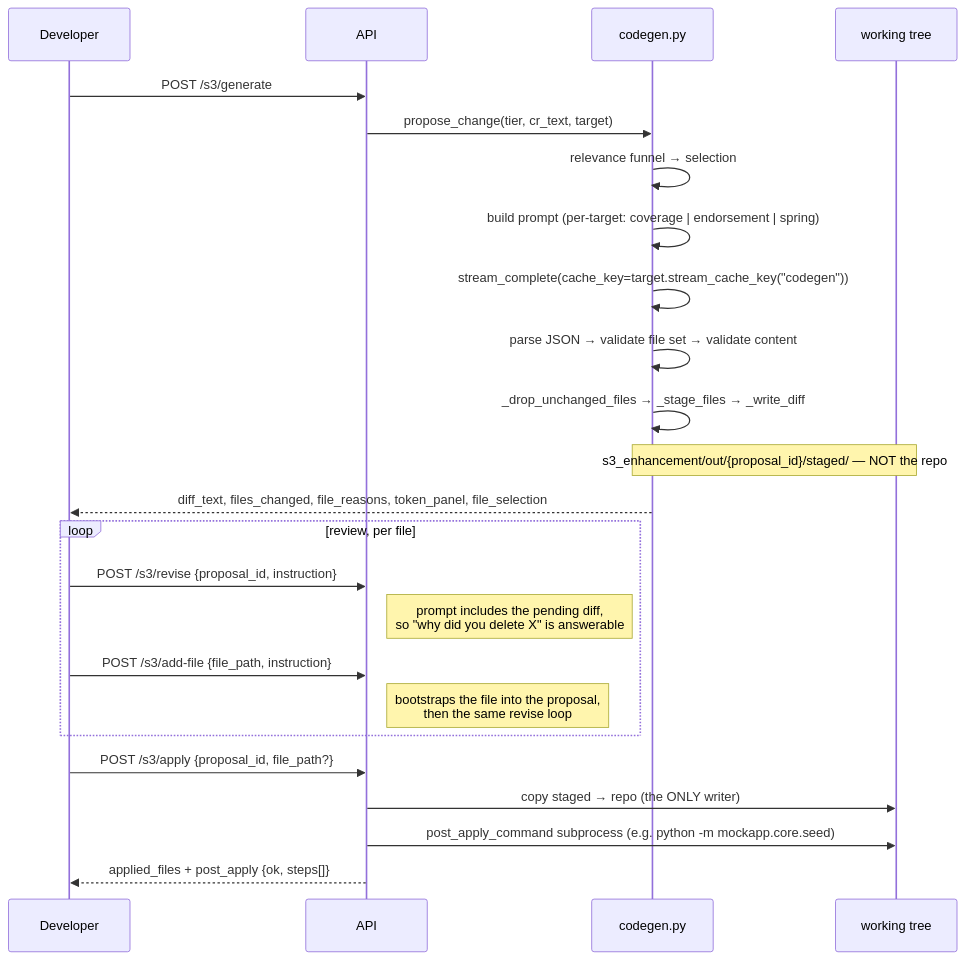
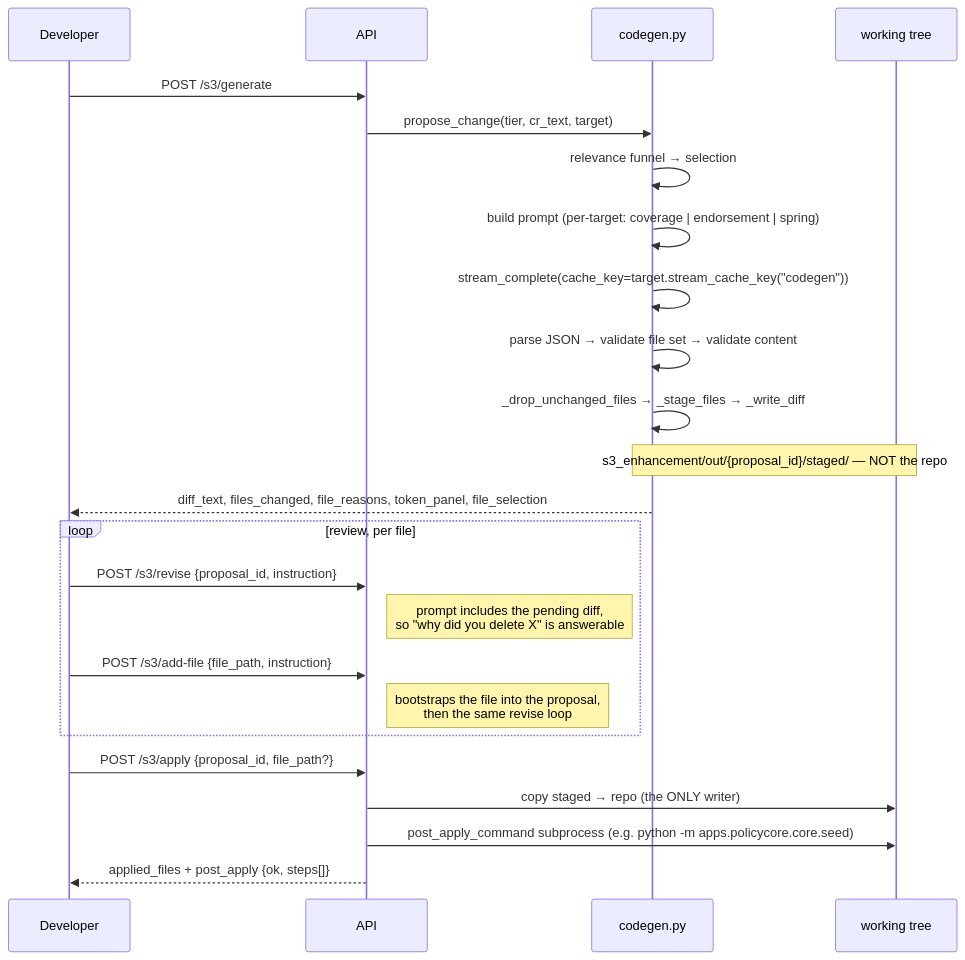
The fifth of 5 diagrams in docs/design/S3_DESIGN.md (AlanLands/ams-s3-demo), drawn with Mermaid before and after one commit. The commit also changed other lines of this file and 201 other files, not shown here.

````diff
--- a/docs/design/S3_DESIGN.md
+++ b/docs/design/S3_DESIGN.md
@@ -525,29 +525,29 @@
 ```mermaid
 sequenceDiagram
   participant D as Developer
   participant API
   participant CG as codegen.py
   participant FS as working tree
 
   D->>API: POST /s3/generate
   API->>CG: propose_change(tier, cr_text, target)
   CG->>CG: relevance funnel → selection
   CG->>CG: build prompt (per-target: coverage | endorsement | spring)
   CG->>CG: stream_complete(cache_key=target.stream_cache_key("codegen"))
   CG->>CG: parse JSON → validate file set → validate content
   CG->>CG: _drop_unchanged_files → _stage_files → _write_diff
   Note over CG,FS: s3_enhancement/out/{proposal_id}/staged/ — NOT the repo
   CG-->>D: diff_text, files_changed, file_reasons, token_panel, file_selection
 
   loop review, per file
     D->>API: POST /s3/revise {proposal_id, instruction}
     Note right of API: prompt includes the pending diff,<br/>so "why did you delete X" is answerable
     D->>API: POST /s3/add-file {file_path, instruction}
     Note right of API: bootstraps the file into the proposal,<br/>then the same revise loop
   end
 
   D->>API: POST /s3/apply {proposal_id, file_path?}
   API->>FS: copy staged → repo (the ONLY writer)
-  API->>FS: post_apply_command subprocess (e.g. python -m mockapp.core.seed)
+  API->>FS: post_apply_command subprocess (e.g. python -m apps.policycore.core.seed)
   API-->>D: applied_files + post_apply {ok, steps[]}
 ```
````
